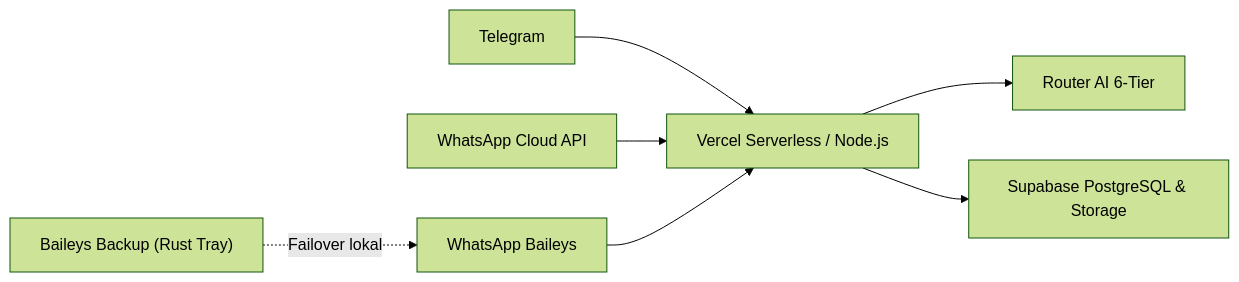
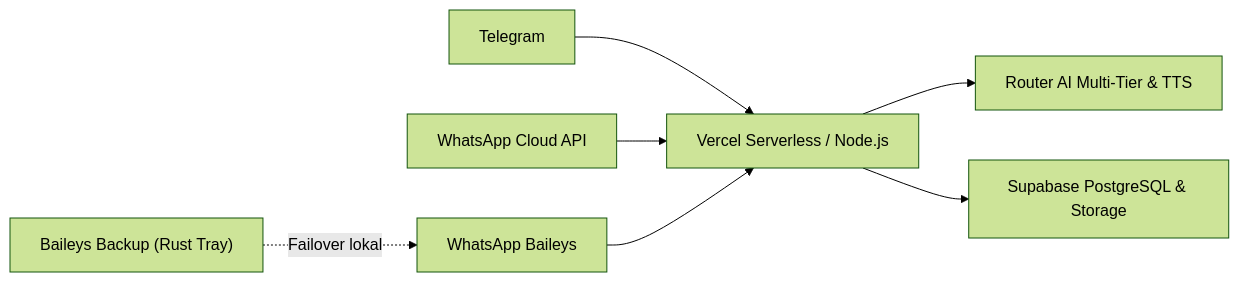
The diagram in README.md (Raflyf/chat-bot), drawn with Mermaid (forest theme) before and after one commit. The commit also changed other lines of this file and 11 other files, not shown here.

````diff
--- a/README.md
+++ b/README.md
@@ -38,9 +37,9 @@
 ```mermaid
 flowchart LR
   TG["Telegram"] --> BE["Vercel Serverless / Node.js"]
   WAC["WhatsApp Cloud API"] --> BE
   WAB["WhatsApp Baileys"] --> BE
   WD["Baileys Backup (Rust Tray)"] -.->|"Failover lokal"| WAB
-  BE --> AI["Router AI 6-Tier"]
+  BE --> AI["Router AI Multi-Tier & TTS"]
   BE --> DB["Supabase PostgreSQL & Storage"]
 ```
````
